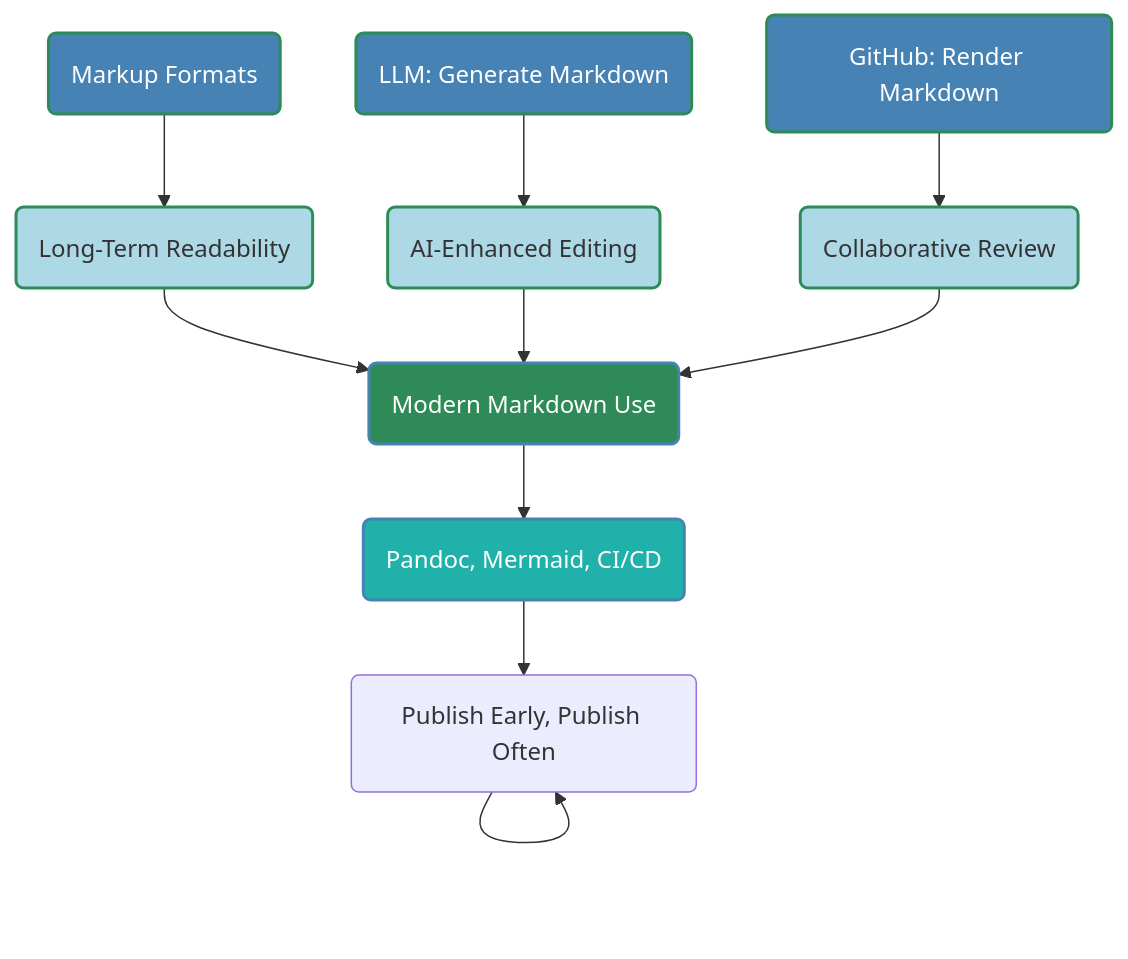
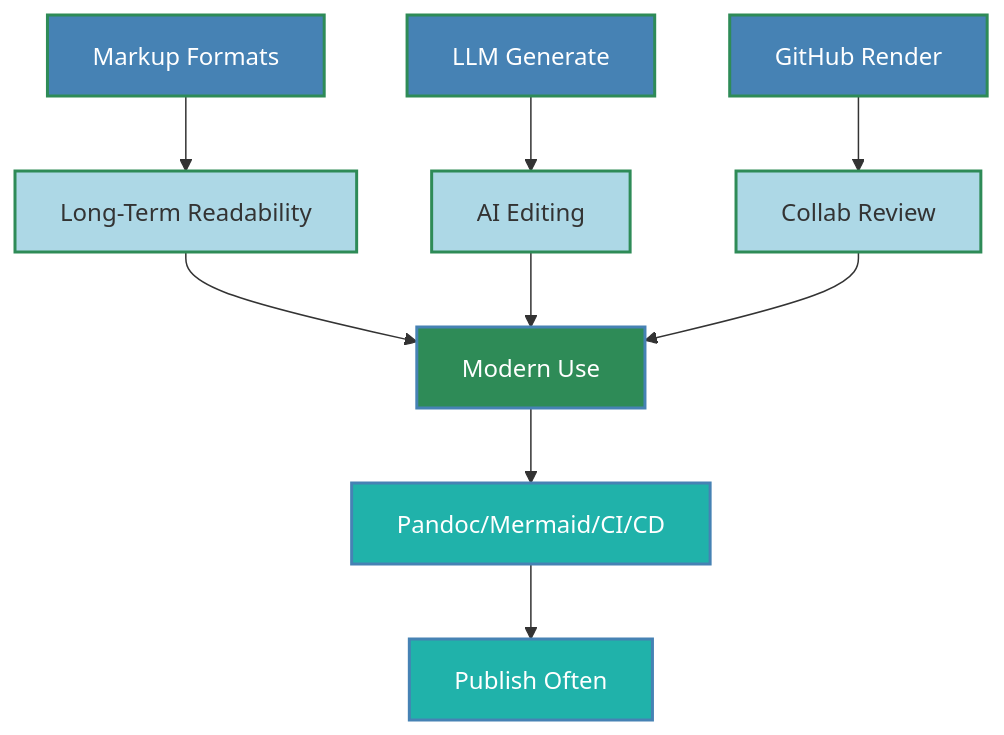
Before and after one commit to buckeye43210/markdown-to-snowkb: the third of 9 diagrams in README.md, drawn with Mermaid. The commit also changed other lines of this file, not shown here.

````diff
--- a/README.md
+++ b/README.md
@@ -390,21 +275,21 @@
-~~~mermaid
+```mermaid
 graph TD
-    A(Markup Formats)          --> B(Long-Term Readability)
-    C(LLM: Generate Markdown)  --> D(AI-Enhanced Editing)
-    E(GitHub: Render Markdown) --> F(Collaborative Review)
-    B --> G(Modern Markdown Use)
+    A[Markup Formats] --> B[Long-Term Readability]
+    C[LLM Generate] --> D[AI Editing]
+    E[GitHub Render] --> F[Collab Review]
+    B --> G[Modern Use]
     D --> G
     F --> G
-    G --> H(Pandoc, Mermaid, CI/CD)
-    H --> I(Publish Early, Publish Often)
-    I --> I
+    G --> H[Pandoc/Mermaid/CI/CD]
+    H --> I[Publish Often]
 
     style A fill:#4682B4,stroke:#2E8B57,stroke-width:2px,color:#FFFFFF
     style B fill:#ADD8E6,stroke:#2E8B57,stroke-width:2px
     style C fill:#4682B4,stroke:#2E8B57,stroke-width:2px,color:#FFFFFF
     style D fill:#ADD8E6,stroke:#2E8B57,stroke-width:2px
     style E fill:#4682B4,stroke:#2E8B57,stroke-width:2px,color:#FFFFFF
     style F fill:#ADD8E6,stroke:#2E8B57,stroke-width:2px
     style G fill:#2E8B57,stroke:#4682B4,stroke-width:2px,color:#FFFFFF
     style H fill:#20B2AA,stroke:#4682B4,stroke-width:2px,color:#FFFFFF
-~~~
+    style I fill:#20B2AA,stroke:#4682B4,stroke-width:2px,color:#FFFFFF
+```
````
